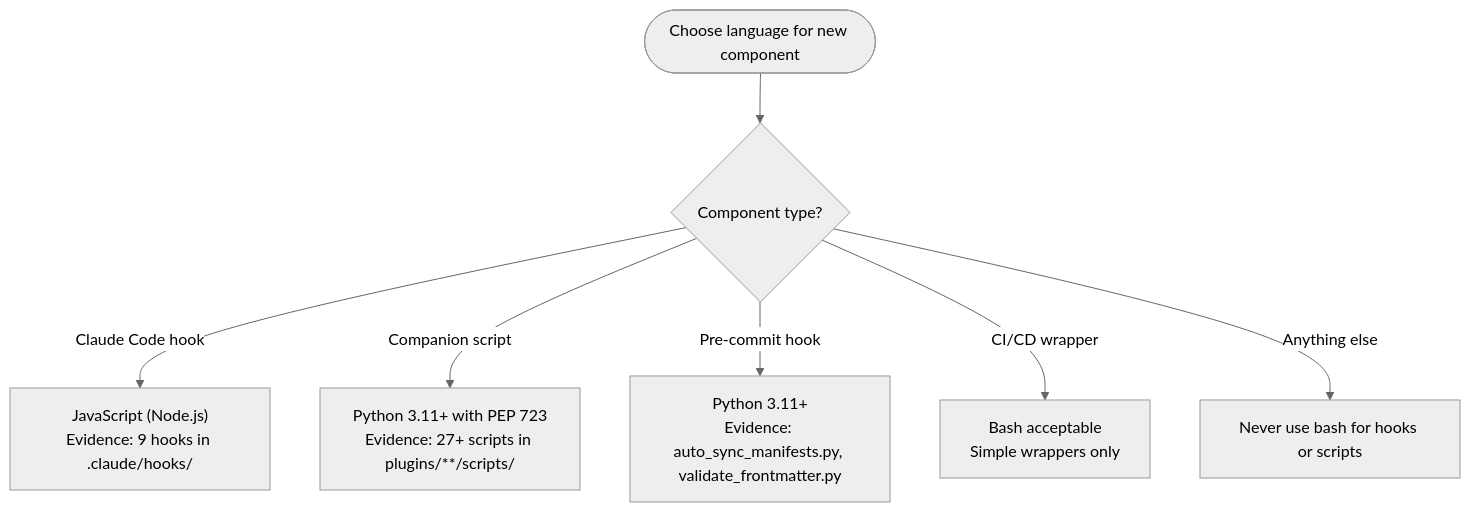
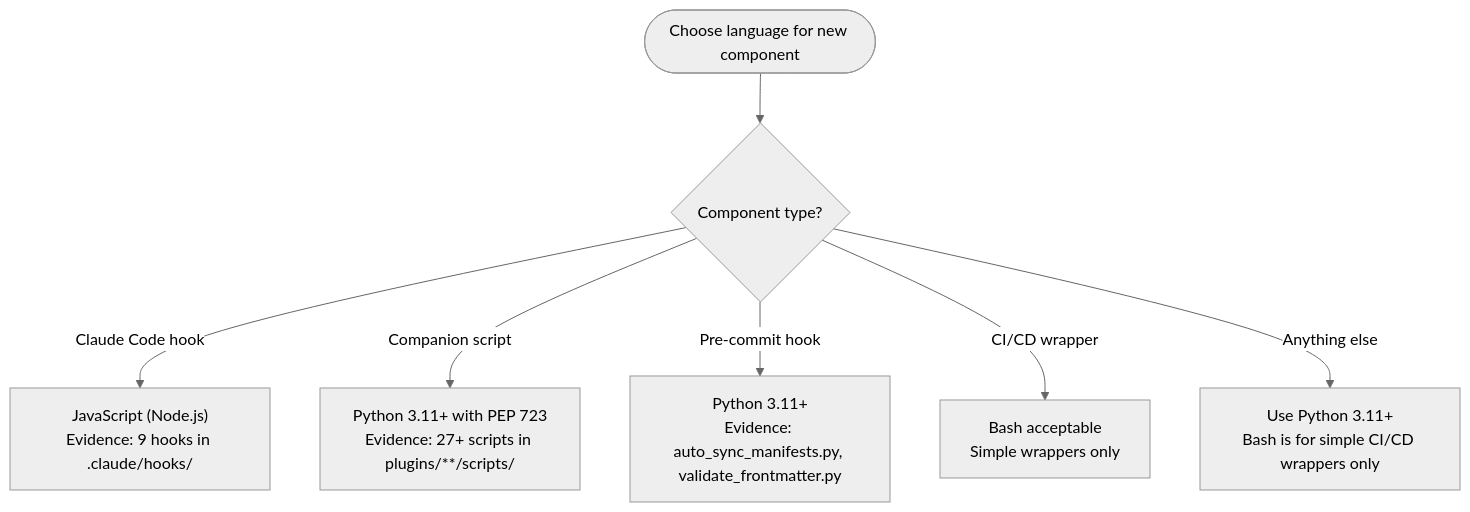
One commit to chgreer1070/claude_skills changed the diagram in .claude/rules/language-conventions.md. Above: the diagram before and after it, drawn with Mermaid (neutral theme). The commit also changed other lines of this file and 21 other files, not shown here.

First line of the commit message:
docs(rules): establish session schema reference and backend protocol abstractions

````diff
--- a/.claude/rules/language-conventions.md
+++ b/.claude/rules/language-conventions.md
@@ -12,9 +12,9 @@
 ```mermaid
 flowchart TD
     Start([Choose language for new component]) --> Q{Component type?}
     Q -->|Claude Code hook| JS["JavaScript (Node.js)<br>Evidence: 9 hooks in .claude/hooks/"]
     Q -->|Companion script| PY["Python 3.11+ with PEP 723<br>Evidence: 27+ scripts in plugins/**/scripts/"]
     Q -->|Pre-commit hook| PY2["Python 3.11+<br>Evidence: auto_sync_manifests.py, validate_frontmatter.py"]
     Q -->|CI/CD wrapper| Bash["Bash acceptable<br>Simple wrappers only"]
-    Q -->|Anything else| Never["Never use bash for hooks or scripts"]
+    Q -->|Anything else| UsePY["Use Python 3.11+<br>Bash is for simple CI/CD wrappers only"]
 ```
````
